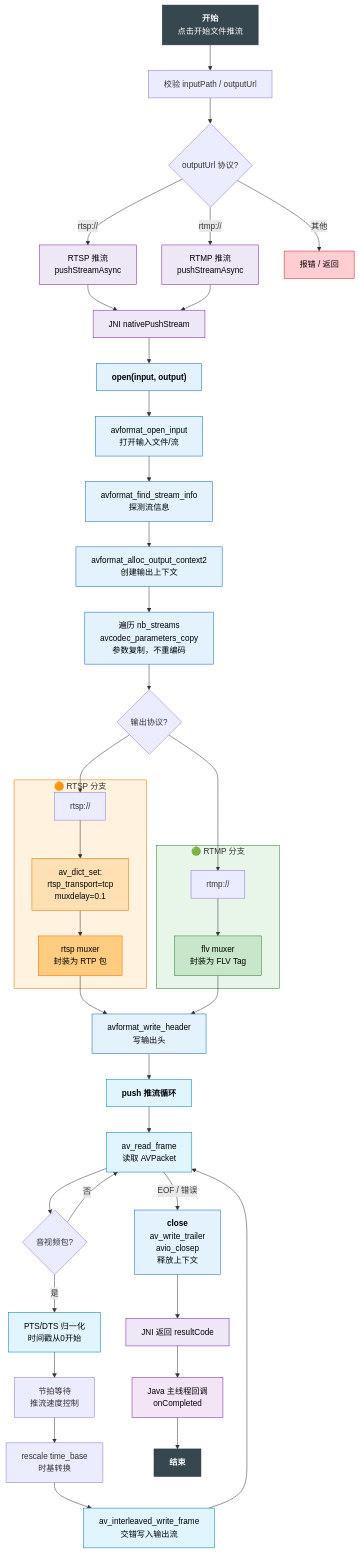
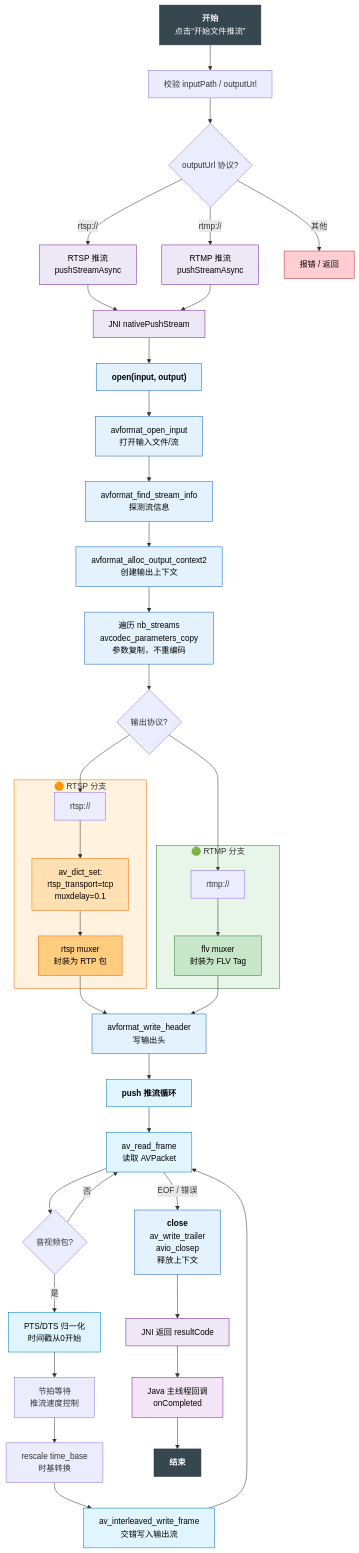
Diagram 15 of 24 in Knowledge/Media/Media.md (nangong918/code-ability), drawn with Mermaid before and after one commit. The commit also changed other lines of this file, not shown here.

````diff
--- a/Knowledge/Media/Media.md
+++ b/Knowledge/Media/Media.md
@@ -2089,6 +2150,6 @@
 ```mermaid
 flowchart TD
-  S["<b>开始</b><br/>点击"开始文件推流""] --> T["校验 inputPath / outputUrl"]
+  S["<b>开始</b><br/>点击“开始文件推流”"] --> T["校验 inputPath / outputUrl"]
 T --> U{"outputUrl 协议?"}
 U -->|"rtsp://"| V_rtsp["RTSP 推流<br/>pushStreamAsync"]
 U -->|"rtmp://"| V_rtmp["RTMP 推流<br/>pushStreamAsync"]
````
